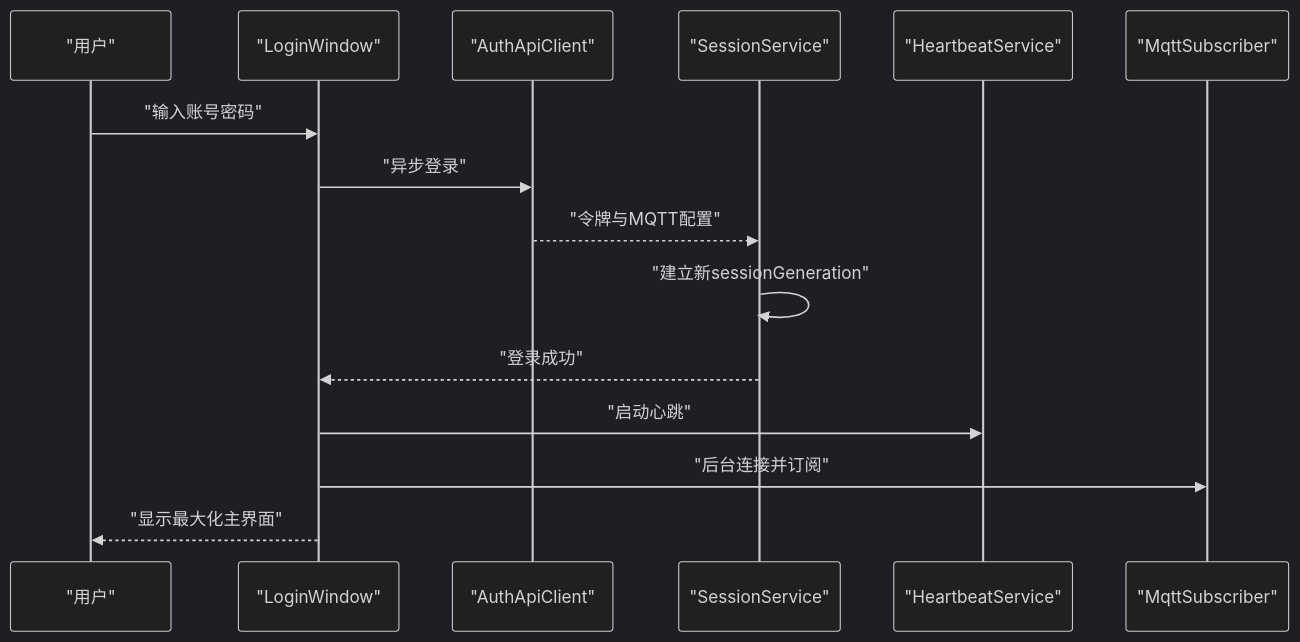
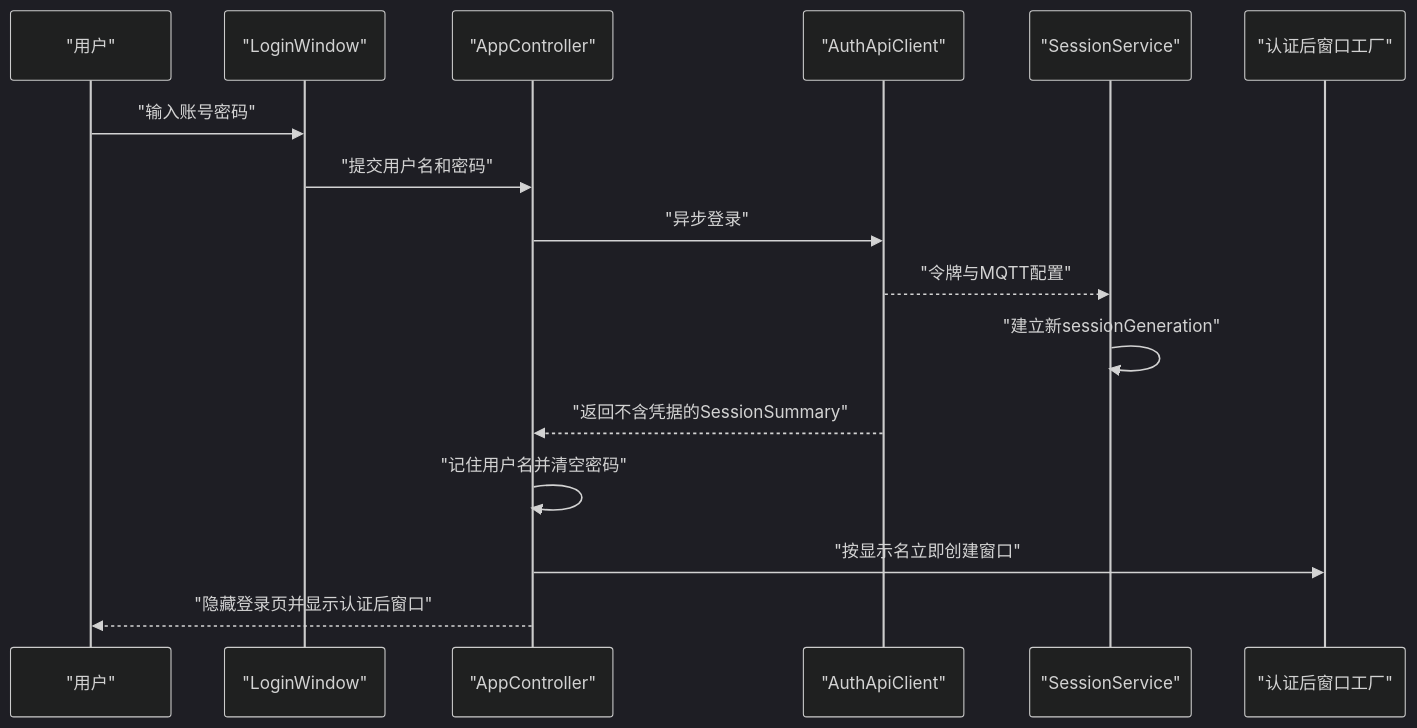
The sixth of 8 diagrams in docs/REQ-001-design.md (didan-www/plate_client), drawn with Mermaid (dark theme) before and after one commit. The commit also changed other lines of this file and 23 other files, not shown here.

Commit message:
feat: complete TASK-008 login flow and UI

````diff
--- a/docs/REQ-001-design.md
+++ b/docs/REQ-001-design.md
@@ -350,18 +358,19 @@
 ```mermaid
 sequenceDiagram
     participant U as "用户"
     participant L as "LoginWindow"
+    participant C as "AppController"
     participant A as "AuthApiClient"
     participant S as "SessionService"
-    participant H as "HeartbeatService"
-    participant M as "MqttSubscriber"
+    participant W as "认证后窗口工厂"
 
     U->>L: "输入账号密码"
-    L->>A: "异步登录"
+    L->>C: "提交用户名和密码"
+    C->>A: "异步登录"
     A-->>S: "令牌与MQTT配置"
     S->>S: "建立新sessionGeneration"
-    S-->>L: "登录成功"
-    L->>H: "启动心跳"
-    L->>M: "后台连接并订阅"
-    L-->>U: "显示最大化主界面"
+    A-->>C: "返回不含凭据的SessionSummary"
+    C->>C: "记住用户名并清空密码"
+    C->>W: "按显示名立即创建窗口"
+    C-->>U: "隐藏登录页并显示认证后窗口"
 ```
````
